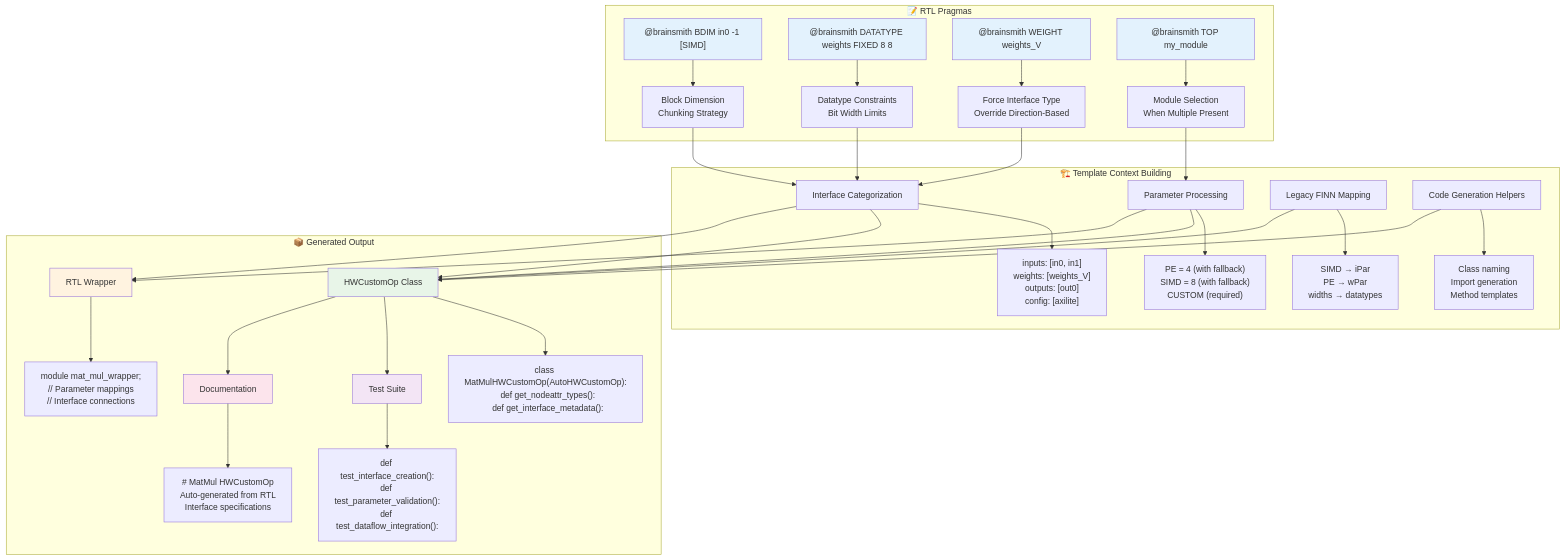
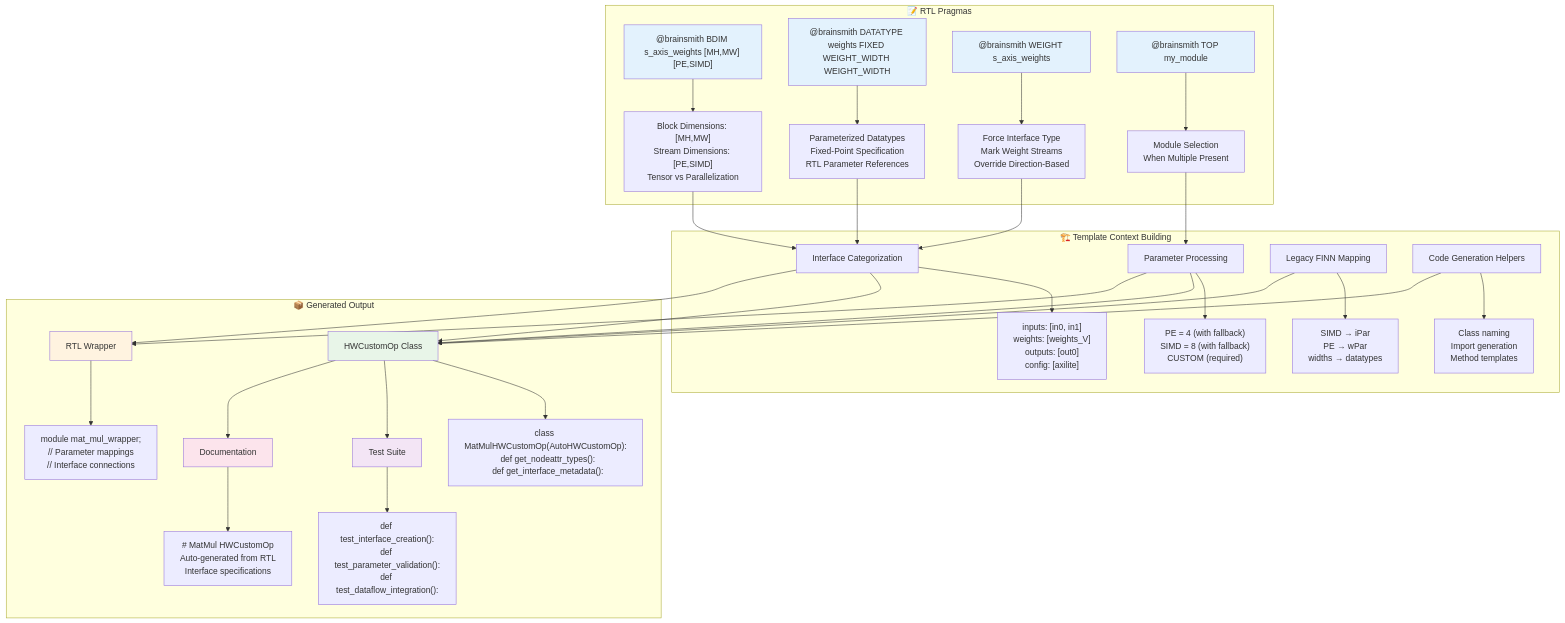
One commit to microsoft/Brainsmith changed the fourth of 6 diagrams in ai_cache/designs/HKG_DESIGN_DOCUMENT.md. Above: the diagram before and after it, drawn with Mermaid. The commit also changed other lines of this file and 88 other files, not shown here.

````diff
--- a/ai_cache/designs/HKG_DESIGN_DOCUMENT.md
+++ b/ai_cache/designs/HKG_DESIGN_DOCUMENT.md
@@ -141,75 +215,75 @@
 ```mermaid
 graph TB
     subgraph "📝 RTL Pragmas"
-        A["@brainsmith BDIM in0 -1 [SIMD]"]
-        B["@brainsmith DATATYPE weights FIXED 8 8"] 
-        C["@brainsmith WEIGHT weights_V"]
+        A["@brainsmith BDIM s_axis_weights [MH,MW] [PE,SIMD]"]
+        B["@brainsmith DATATYPE weights FIXED WEIGHT_WIDTH WEIGHT_WIDTH"] 
+        C["@brainsmith WEIGHT s_axis_weights"]
         D["@brainsmith TOP my_module"]
         
-        A1["Block Dimension<br/>Chunking Strategy"]
-        B1["Datatype Constraints<br/>Bit Width Limits"]
-        C1["Force Interface Type<br/>Override Direction-Based"]
+        A1["Block Dimensions: [MH,MW]<br/>Stream Dimensions: [PE,SIMD]<br/>Tensor vs Parallelization"]
+        B1["Parameterized Datatypes<br/>Fixed-Point Specification<br/>RTL Parameter References"]
+        C1["Force Interface Type<br/>Mark Weight Streams<br/>Override Direction-Based"]
         D1["Module Selection<br/>When Multiple Present"]
         
         A --> A1
         B --> B1
         C --> C1
         D --> D1
     end
     
     subgraph "🏗️ Template Context Building"
         E[Interface Categorization]
         F[Parameter Processing]
         G[Legacy FINN Mapping]
         H[Code Generation Helpers]
         
         E1["inputs: [in0, in1]<br/>weights: [weights_V]<br/>outputs: [out0]<br/>config: [axilite]"]
         F1["PE = 4 (with fallback)<br/>SIMD = 8 (with fallback)<br/>CUSTOM (required)"]
         G1["SIMD → iPar<br/>PE → wPar<br/>widths → datatypes"]
         H1["Class naming<br/>Import generation<br/>Method templates"]
         
         E --> E1
         F --> F1
         G --> G1
         H --> H1
     end
     
     subgraph "📦 Generated Output"
         I[HWCustomOp Class]
         J[RTL Wrapper]
         K[Test Suite]
         L[Documentation]
         
         I1["class MatMulHWCustomOp(AutoHWCustomOp):<br/>  def get_nodeattr_types():<br/>  def get_interface_metadata():"]
         J1["module mat_mul_wrapper;<br/>  // Parameter mappings<br/>  // Interface connections"]
         K1["def test_interface_creation():<br/>def test_parameter_validation():<br/>def test_dataflow_integration():"]
         L1["# MatMul HWCustomOp<br/>Auto-generated from RTL<br/>Interface specifications"]
         
         I --> I1
         J --> J1
         K --> K1
         L --> L1
     end
     
     A1 --> E
     B1 --> E
     C1 --> E
     D1 --> F
     E --> I
     F --> I
     G --> I
     H --> I
     E --> J
     F --> J
     I --> K
     I --> L
     
     style A fill:#e3f2fd
     style B fill:#e3f2fd
     style C fill:#e3f2fd
     style D fill:#e3f2fd
     style I fill:#e8f5e8
     style J fill:#fff3e0
     style K fill:#f3e5f5
     style L fill:#fce4ec
 ```
````
